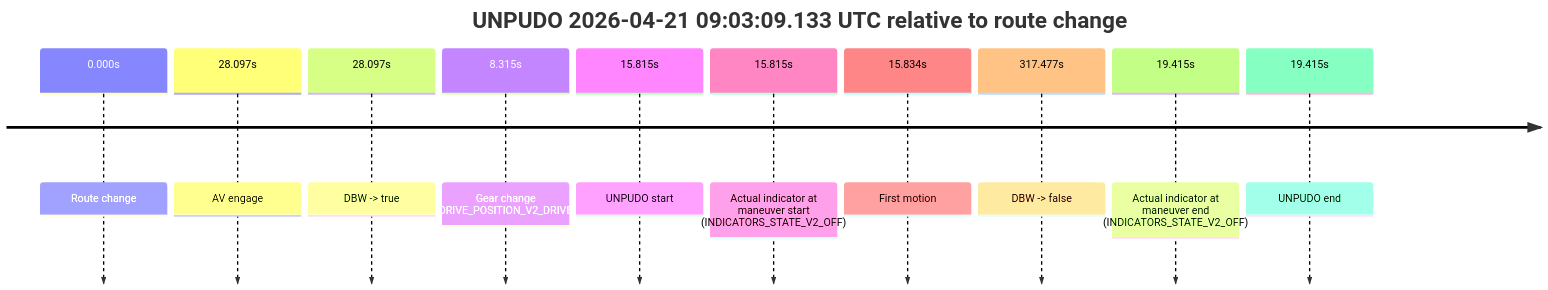
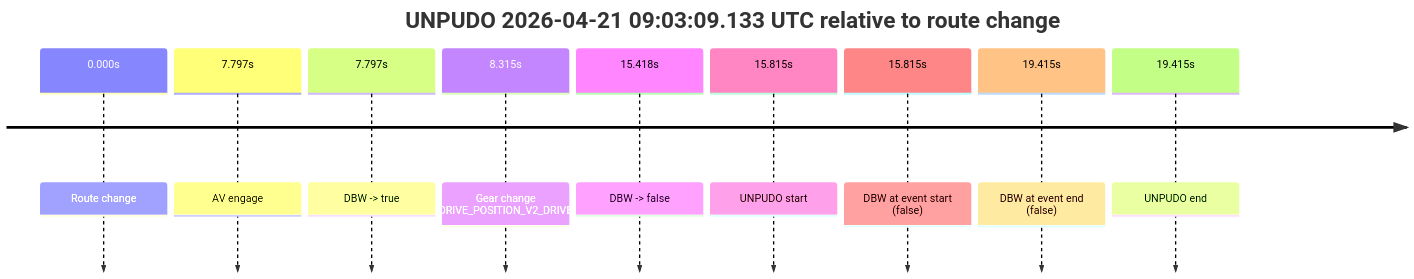
The second of 4 diagrams in model_analysis/report_cards/2026/04/Week-4/fme20009--2026-04-21--08-16-59--gen2-av-779e4337-43b6-4e32-9718-20d15fff1773.md (yoelshapiro/vault), drawn with Mermaid before and after one commit. The commit also changed other lines of this file and 85 other files, not shown here.

````diff
--- a/model_analysis/report_cards/2026/04/Week-4/fme20009--2026-04-21--08-16-59--gen2-av-779e4337-43b6-4e32-9718-20d15fff1773.md
+++ b/model_analysis/report_cards/2026/04/Week-4/fme20009--2026-04-21--08-16-59--gen2-av-779e4337-43b6-4e32-9718-20d15fff1773.md
@@ -129,14 +141,13 @@
 ```mermaid
 timeline
     title UNPUDO 2026-04-21 09:03:09.133 UTC relative to route change
     0.000s : Route change
-    28.097s : AV engage
-    28.097s : DBW -> true
+    7.797s : AV engage
+    7.797s : DBW -> true
     8.315s : Gear change (DRIVE_POSITION_V2_DRIVE)
+    15.418s : DBW -> false
     15.815s : UNPUDO start
-    15.815s : Actual indicator at maneuver start (INDICATORS_STATE_V2_OFF)
-    15.834s : First motion
-    317.477s : DBW -> false
-    19.415s : Actual indicator at maneuver end (INDICATORS_STATE_V2_OFF)
+    15.815s : DBW at event start (false)
+    19.415s : DBW at event end (false)
     19.415s : UNPUDO end
 ```
````
